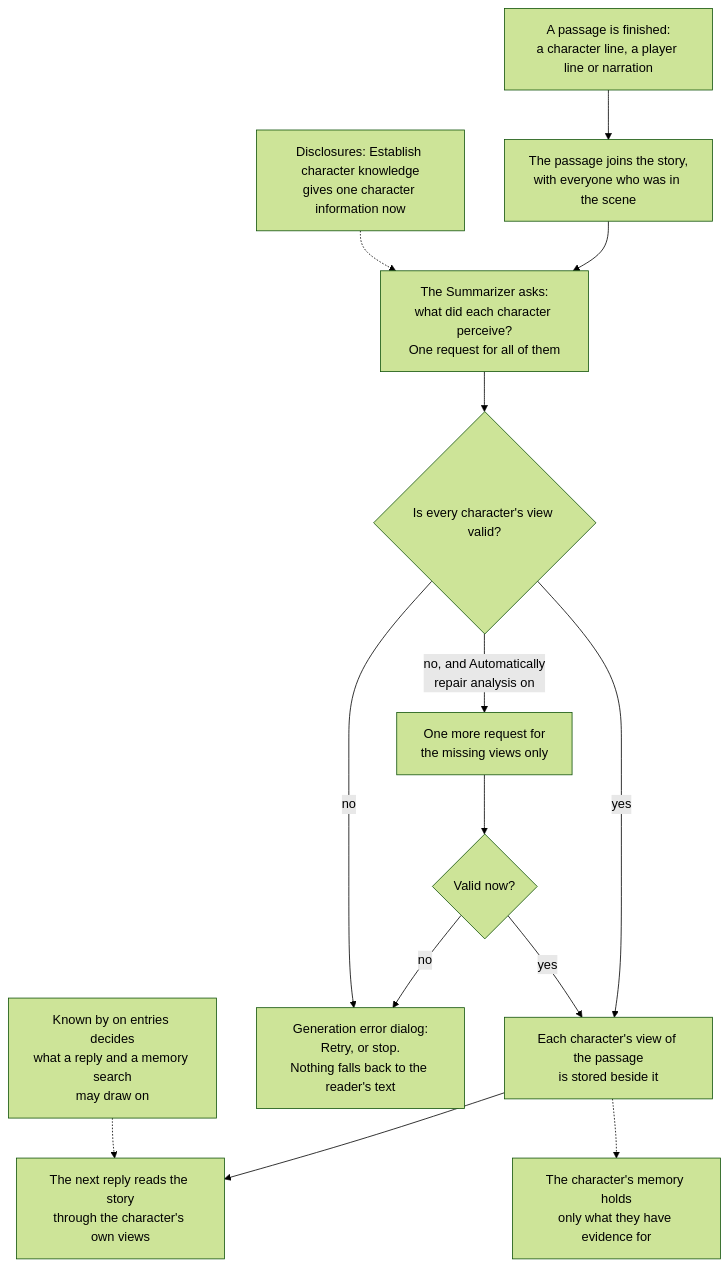
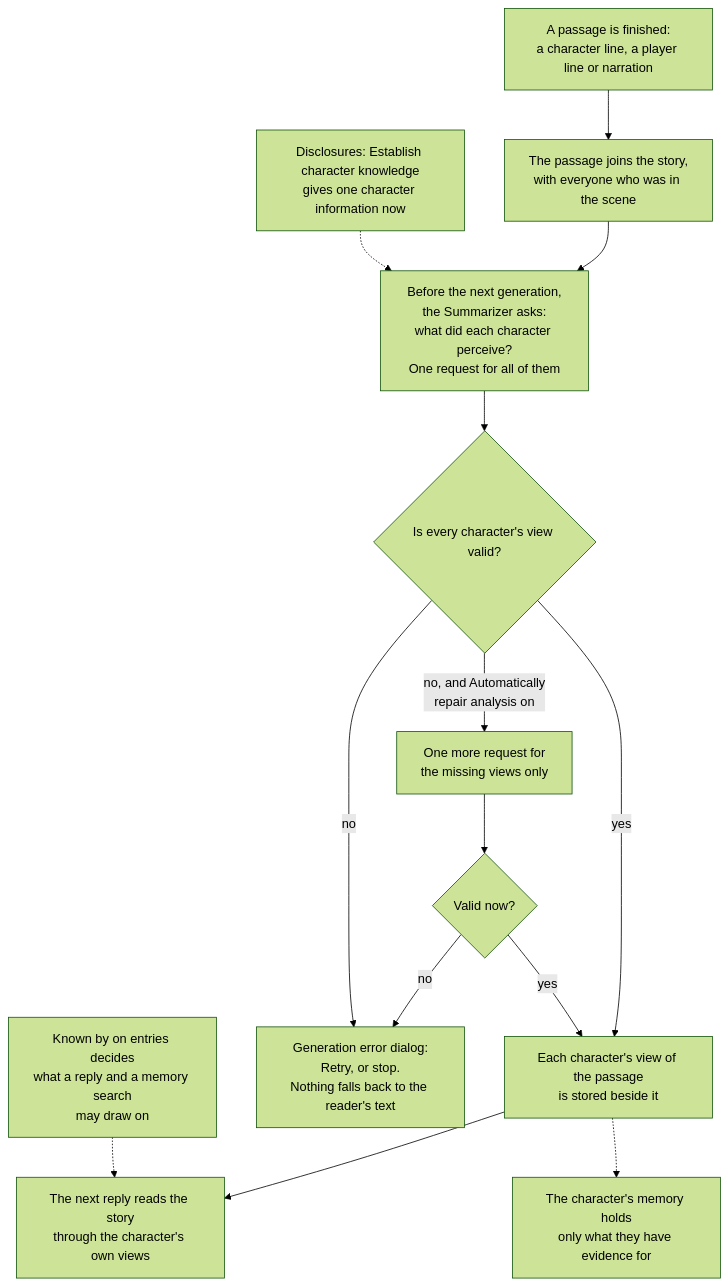
One commit to vegu-ai/talemate changed the third of 5 diagrams in docs/user-guide/world-editor/knowledge-how-it-works.md. Above: the diagram before and after it, drawn with Mermaid (forest theme). The commit also changed other lines of this file and 92 other files, not shown here.

First line of the commit message:
Character knowledge: decouple the catch-up from the message flow (#853) (#854)

````diff
--- a/docs/user-guide/world-editor/knowledge-how-it-works.md
+++ b/docs/user-guide/world-editor/knowledge-how-it-works.md
@@ -66,17 +66,17 @@
 ```mermaid
 flowchart TD
     A["A passage is finished:<br/>a character line, a player line or narration"] --> B["The passage joins the story,<br/>with everyone who was in the scene"]
-    B --> C["The Summarizer asks:<br/>what did each character perceive?<br/>One request for all of them"]
+    B --> C["Before the next generation,<br/>the Summarizer asks:<br/>what did each character perceive?<br/>One request for all of them"]
     C --> D{"Is every character's view valid?"}
     D -- "yes" --> E["Each character's view of the passage<br/>is stored beside it"]
     D -- "no, and Automatically<br/>repair analysis on" --> F["One more request for<br/>the missing views only"]
     F --> G{"Valid now?"}
     G -- "yes" --> E
     G -- "no" --> H["Generation error dialog:<br/>Retry, or stop.<br/>Nothing falls back to the reader's text"]
     D -- "no" --> H
     E --> I["The next reply reads the story<br/>through the character's own views"]
 
     K["Known by on entries decides<br/>what a reply and a memory search<br/>may draw on"] -.-> I
     L["Disclosures: Establish character knowledge<br/>gives one character information now"] -.-> C
     E -.-> M["The character's memory holds<br/>only what they have evidence for"]
 ```
````
